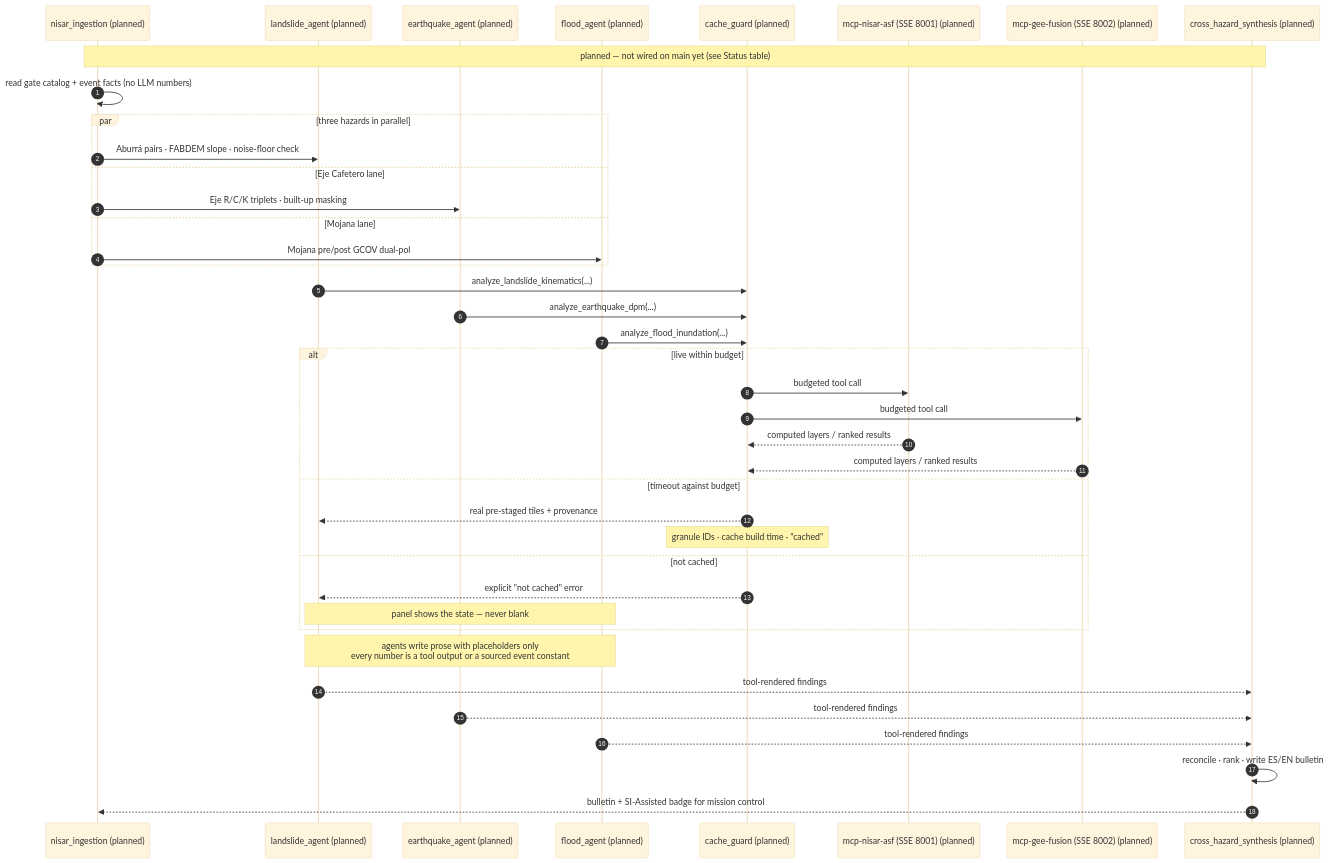
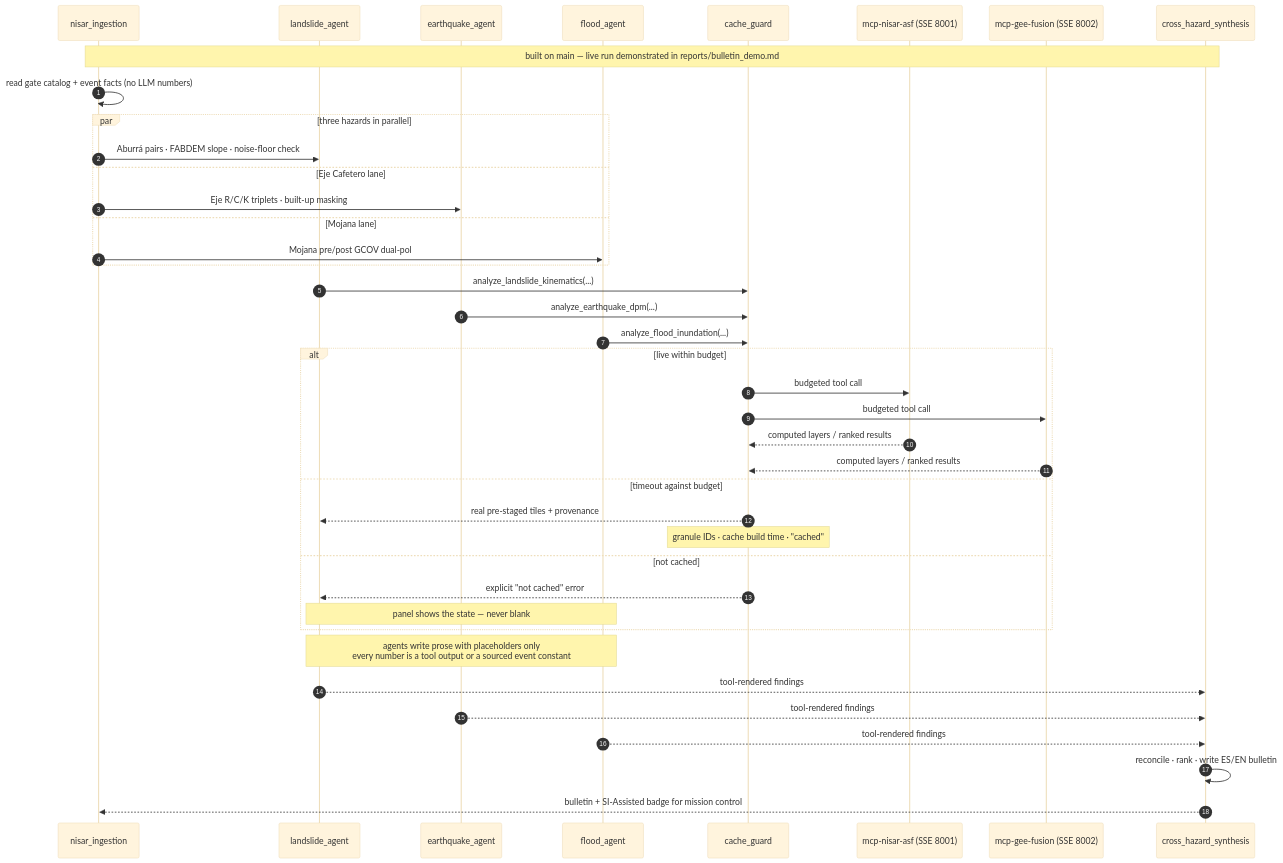
One commit to NASA-Space-Apps-Challenge-two-left-feet/surface_tango changed the third of 3 diagrams in README.md. Above: the diagram before and after it, drawn with Mermaid (base theme). The commit also changed other lines of this file, not shown here.

First line of the commit message:
docs: sync the readme with the merged graph, budgets and interpretation

````diff
--- a/README.md
+++ b/README.md
@@ -195,43 +195,43 @@
 ```mermaid
 sequenceDiagram
     autonumber
-    participant ING as nisar_ingestion (planned)
-    participant LS as landslide_agent (planned)
-    participant EQ as earthquake_agent (planned)
-    participant FL as flood_agent (planned)
-    participant GUARD as cache_guard (planned)
-    participant ASF as mcp-nisar-asf (SSE 8001) (planned)
-    participant GEE as mcp-gee-fusion (SSE 8002) (planned)
-    participant SYN as cross_hazard_synthesis (planned)
+    participant ING as nisar_ingestion
+    participant LS as landslide_agent
+    participant EQ as earthquake_agent
+    participant FL as flood_agent
+    participant GUARD as cache_guard
+    participant ASF as mcp-nisar-asf (SSE 8001)
+    participant GEE as mcp-gee-fusion (SSE 8002)
+    participant SYN as cross_hazard_synthesis
 
-    Note over ING,SYN: planned — not wired on main yet (see Status table)
+    Note over ING,SYN: built on main — live run demonstrated in reports/bulletin_demo.md
     ING->>ING: read gate catalog + event facts (no LLM numbers)
     par three hazards in parallel
         ING->>LS: Aburrá pairs · FABDEM slope · noise-floor check
     and Eje Cafetero lane
         ING->>EQ: Eje R/C/K triplets · built-up masking
     and Mojana lane
         ING->>FL: Mojana pre/post GCOV dual-pol
     end
     LS->>GUARD: analyze_landslide_kinematics(...)
     EQ->>GUARD: analyze_earthquake_dpm(...)
     FL->>GUARD: analyze_flood_inundation(...)
     alt live within budget
         GUARD->>ASF: budgeted tool call
         GUARD->>GEE: budgeted tool call
         ASF-->>GUARD: computed layers / ranked results
         GEE-->>GUARD: computed layers / ranked results
     else timeout against budget
         GUARD-->>LS: real pre-staged tiles + provenance
         Note over GUARD: granule IDs · cache build time · "cached"
     else not cached
         GUARD-->>LS: explicit "not cached" error
         Note over LS,FL: panel shows the state — never blank
     end
     Note over LS,FL: agents write prose with placeholders only<br/>every number is a tool output or a sourced event constant
     LS-->>SYN: tool-rendered findings
     EQ-->>SYN: tool-rendered findings
     FL-->>SYN: tool-rendered findings
     SYN->>SYN: reconcile · rank · write ES/EN bulletin
     SYN-->>ING: bulletin + SI-Assisted badge for mission control
 ```
````
